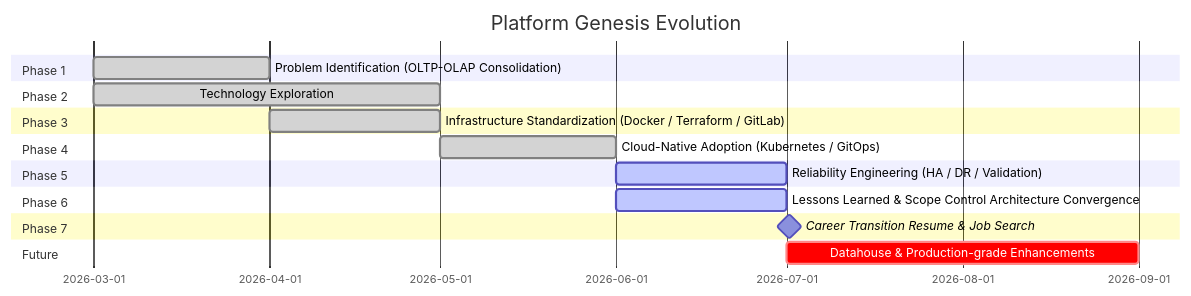
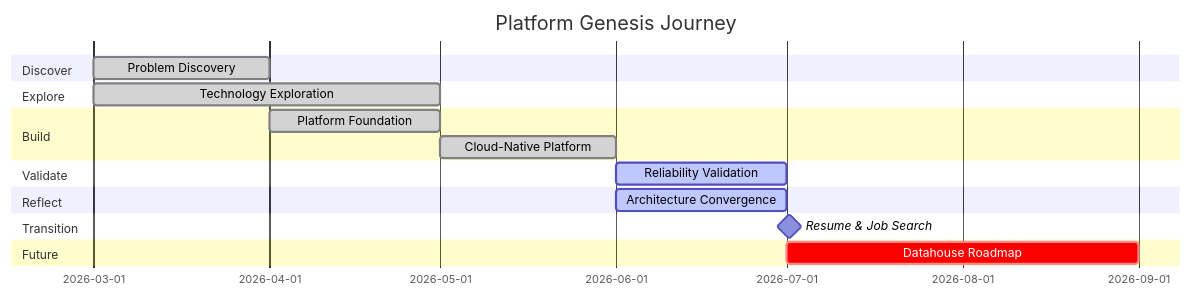
The second of 2 diagrams in README.md (Junwu0615/Platform-Genesis), drawn with Mermaid before and after one commit. The commit also changed other lines of this file, not shown here.

Commit message:
update somethings

````diff
--- a/README.md
+++ b/README.md
@@ -912,30 +914,28 @@
 ```mermaid
 gantt
-    title Platform Genesis Evolution
+    title Platform Genesis Journey
 
     dateFormat YYYY-MM
 
-    section Phase 1
-    Problem Identification (OLTP-OLAP Consolidation)     :done, a1, 2026-03, 1M
+    section Discover
+    Problem Discovery        :done, a1, 2026-03, 1M
 
-    section Phase 2
-    Technology Exploration        :done, a2, 2026-03, 2M
+    section Explore
+    Technology Exploration   :done, a2, 2026-03, 2M
 
-    section Phase 3
-    Infrastructure Standardization (Docker / Terraform / GitLab) :done, a3, 2026-04, 1M
+    section Build
+    Platform Foundation      :done, a3, 2026-04, 1M
+    Cloud-Native Platform    :done, a4, 2026-05, 1M
 
-    section Phase 4
-    Cloud-Native Adoption  (Kubernetes / GitOps)         :done, a4, 2026-05, 1M
+    section Validate
+    Reliability Validation   :active, a5, 2026-06, 1M
 
-    section Phase 5
-    Reliability Engineering (HA / DR / Validation)        :active, a5, 2026-06, 1M
+    section Reflect
+    Architecture Convergence :active, a6, 2026-06, 1M
 
-    section Phase 6
-    Lessons Learned & Scope Control Architecture Convergence      :active, a6, 2026-06, 1M
-
-    section Phase 7
-    Career Transition Resume & Job Search           :milestone, a7, 2026-07, 1d
+    section Transition
+    Resume & Job Search      :milestone, a7, 2026-07, 1d
 
     section Future
-    Datahouse & Production-grade Enhancements :crit, a8, 2026-07, 2M
+    Datahouse Roadmap        :crit, a8, 2026-07, 2M
 ```
````
